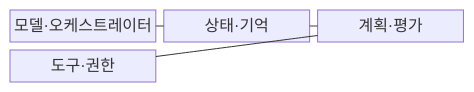
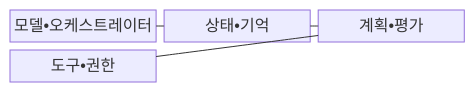
Before and after one commit to agnusdei1207/knowledge-base: the first of 2 diagrams in src/content/docs/notes/08-latest-tech/001_ai_agent_system.md, drawn with Mermaid. The commit also changed other lines of this file and 953 other files, not shown here.

````diff
--- a/src/content/docs/notes/08-latest-tech/001_ai_agent_system.md
+++ b/src/content/docs/notes/08-latest-tech/001_ai_agent_system.md
@@ -66,11 +66,11 @@
 ```mermaid
 block-beta
     columns 3
-    M["모델·오케스트레이터"]
-    S["상태·기억"]
-    P["계획·평가"]
-    T["도구·권한"]
+    M["모델•오케스트레이터"]
+    S["상태•기억"]
+    P["계획•평가"]
+    T["도구•권한"]
     M --- S
     S --- P
     P --- T
 ```
````
